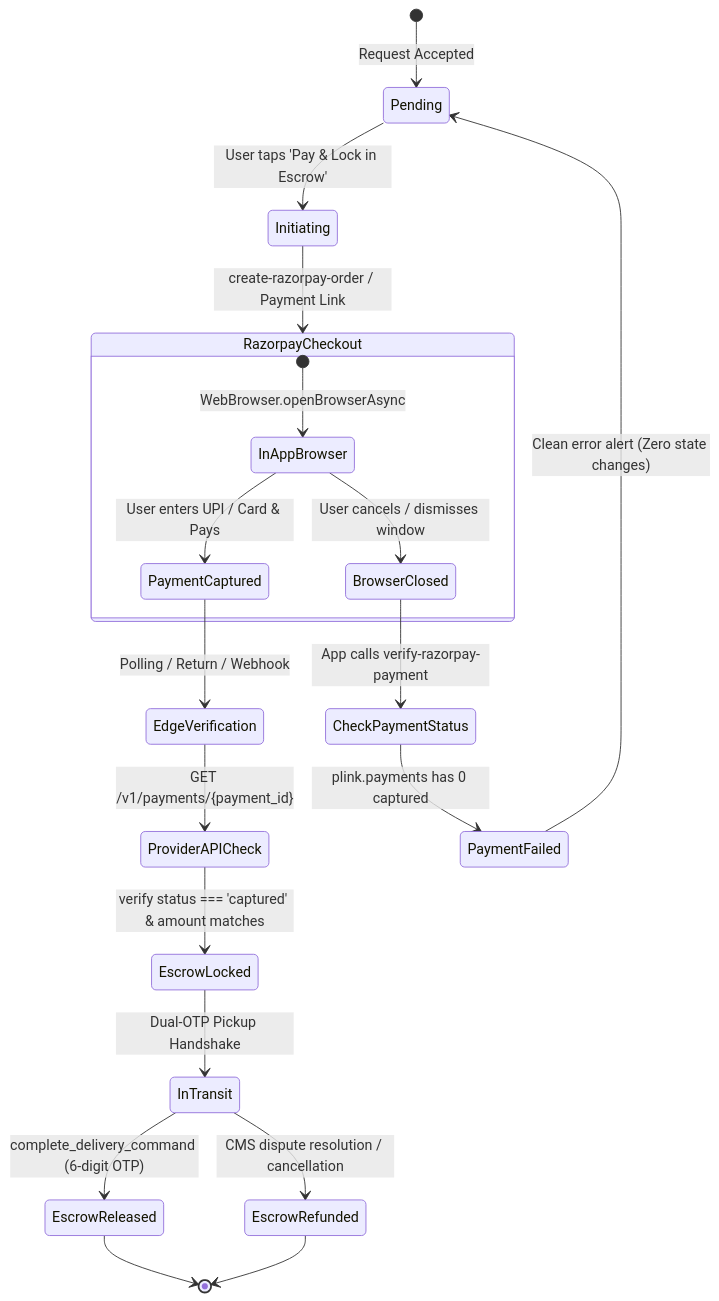
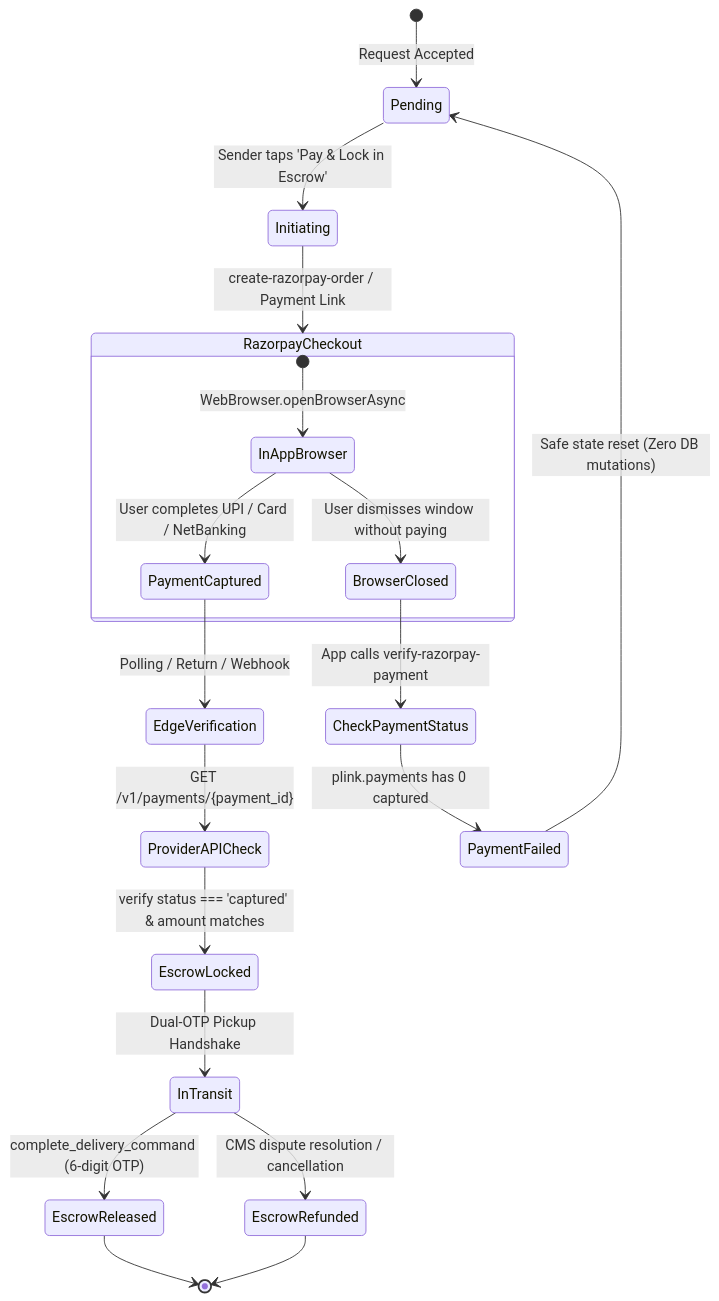
The third of 4 diagrams in PROJECT_CONTEXT.md (averiiq/CarryGo), drawn with Mermaid before and after one commit. The commit also changed other lines of this file and 55 other files, not shown here.

````diff
--- a/PROJECT_CONTEXT.md
+++ b/PROJECT_CONTEXT.md
@@ -158,25 +445,25 @@
 ```mermaid
 stateDiagram-v2
     [*] --> Pending: Request Accepted
-    Pending --> Initiating: User taps 'Pay & Lock in Escrow'
+    Pending --> Initiating: Sender taps 'Pay & Lock in Escrow'
     Initiating --> RazorpayCheckout: create-razorpay-order / Payment Link
     
     state RazorpayCheckout {
         [*] --> InAppBrowser: WebBrowser.openBrowserAsync
-        InAppBrowser --> PaymentCaptured: User enters UPI / Card & Pays
-        InAppBrowser --> BrowserClosed: User cancels / dismisses window
+        InAppBrowser --> PaymentCaptured: User completes UPI / Card / NetBanking
+        InAppBrowser --> BrowserClosed: User dismisses window without paying
     }
 
     BrowserClosed --> CheckPaymentStatus: App calls verify-razorpay-payment
     CheckPaymentStatus --> PaymentFailed: plink.payments has 0 captured
-    PaymentFailed --> Pending: Clean error alert (Zero state changes)
+    PaymentFailed --> Pending: Safe state reset (Zero DB mutations)
 
     PaymentCaptured --> EdgeVerification: Polling / Return / Webhook
     EdgeVerification --> ProviderAPICheck: GET /v1/payments/{payment_id}
     ProviderAPICheck --> EscrowLocked: verify status === 'captured' & amount matches
     EscrowLocked --> InTransit: Dual-OTP Pickup Handshake
     InTransit --> EscrowReleased: complete_delivery_command (6-digit OTP)
     InTransit --> EscrowRefunded: CMS dispute resolution / cancellation
     EscrowReleased --> [*]
     EscrowRefunded --> [*]
 ```
````
